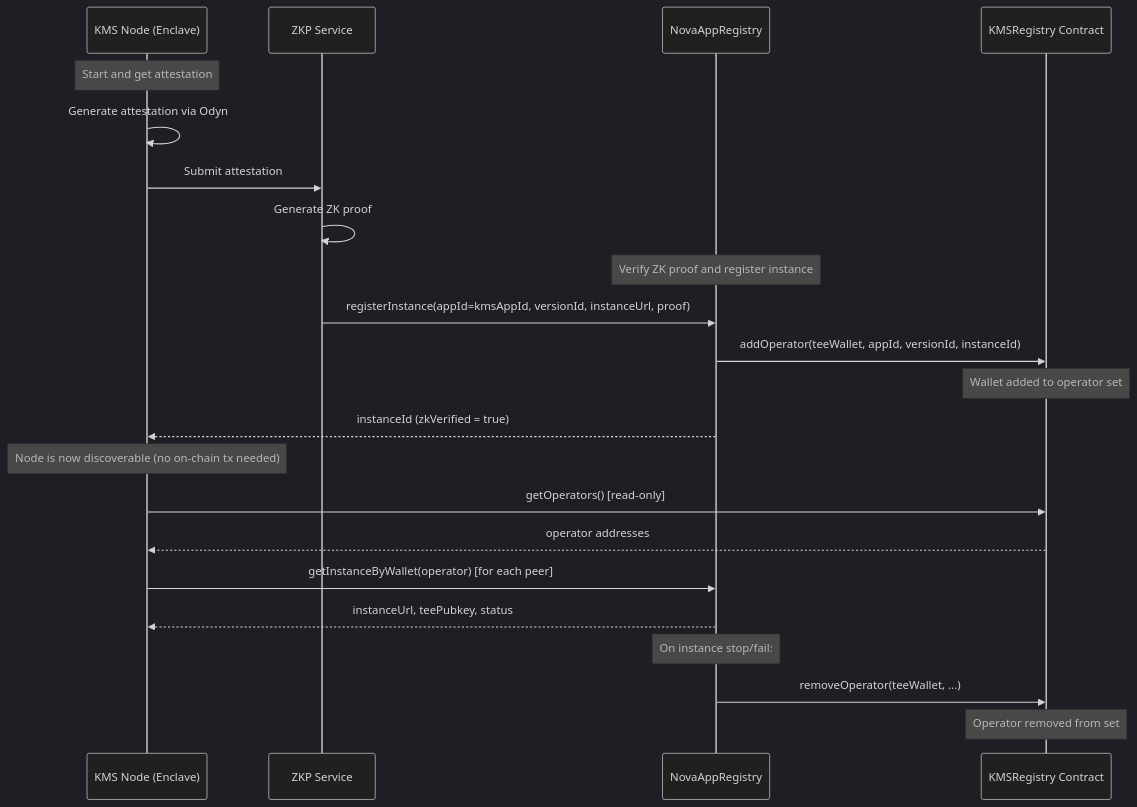
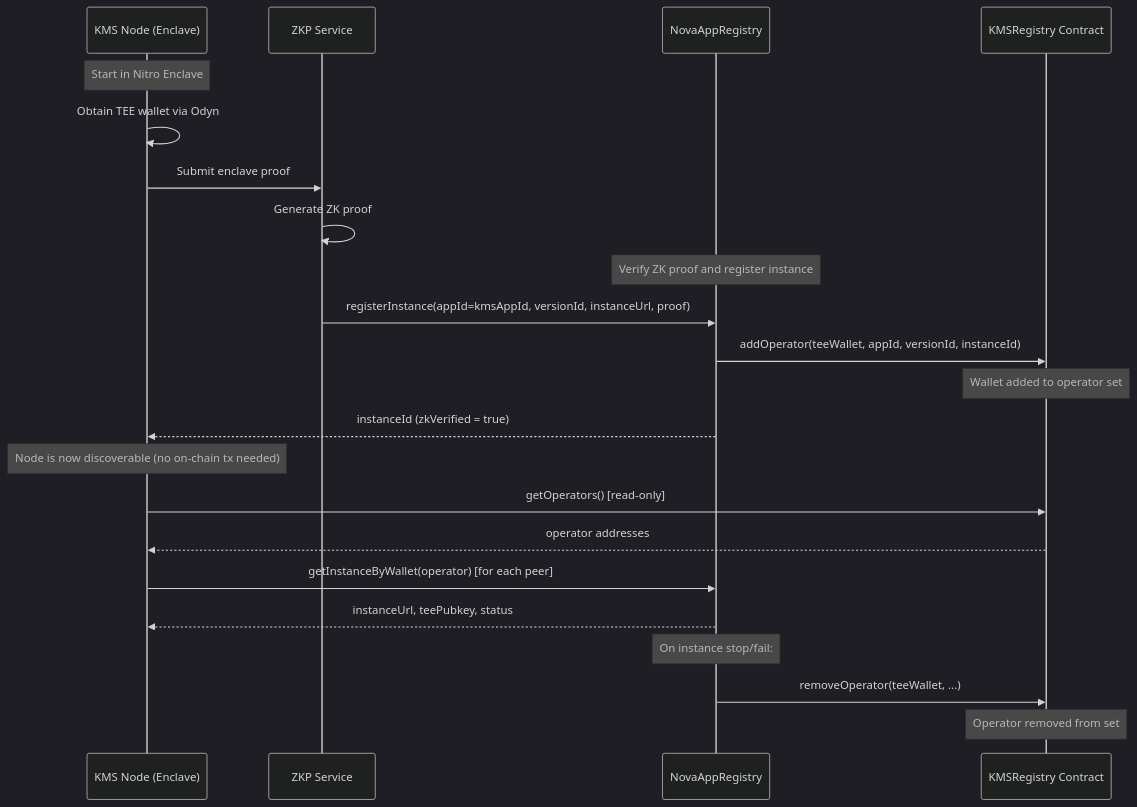
Before and after one commit to sparsity-xyz/nova-kms: the second of 4 diagrams in docs/architecture.md, drawn with Mermaid (dark theme). The commit also changed other lines of this file and 6 other files, not shown here.

````diff
--- a/docs/architecture.md
+++ b/docs/architecture.md
@@ -208,29 +208,29 @@
 ```mermaid
 sequenceDiagram
     participant KMS as KMS Node (Enclave)
     participant ZKP as ZKP Service
     participant AR as NovaAppRegistry
     participant KC as KMSRegistry Contract
     
-    Note over KMS: Start and get attestation
-    KMS->>KMS: Generate attestation via Odyn
+    Note over KMS: Start in Nitro Enclave
+    KMS->>KMS: Obtain TEE wallet via Odyn
     
-    KMS->>ZKP: Submit attestation
+    KMS->>ZKP: Submit enclave proof
     ZKP->>ZKP: Generate ZK proof
 
     Note over AR: Verify ZK proof and register instance
     ZKP->>AR: registerInstance(appId=kmsAppId, versionId, instanceUrl, proof)
     AR->>KC: addOperator(teeWallet, appId, versionId, instanceId)
     Note over KC: Wallet added to operator set
     AR-->>KMS: instanceId (zkVerified = true)
     
     Note over KMS: Node is now discoverable (no on-chain tx needed)
     KMS->>KC: getOperators() [read-only]
     KC-->>KMS: operator addresses
     KMS->>AR: getInstanceByWallet(operator) [for each peer]
     AR-->>KMS: instanceUrl, teePubkey, status
     
     Note over AR: On instance stop/fail:
     AR->>KC: removeOperator(teeWallet, ...)
     Note over KC: Operator removed from set
 ```
````
